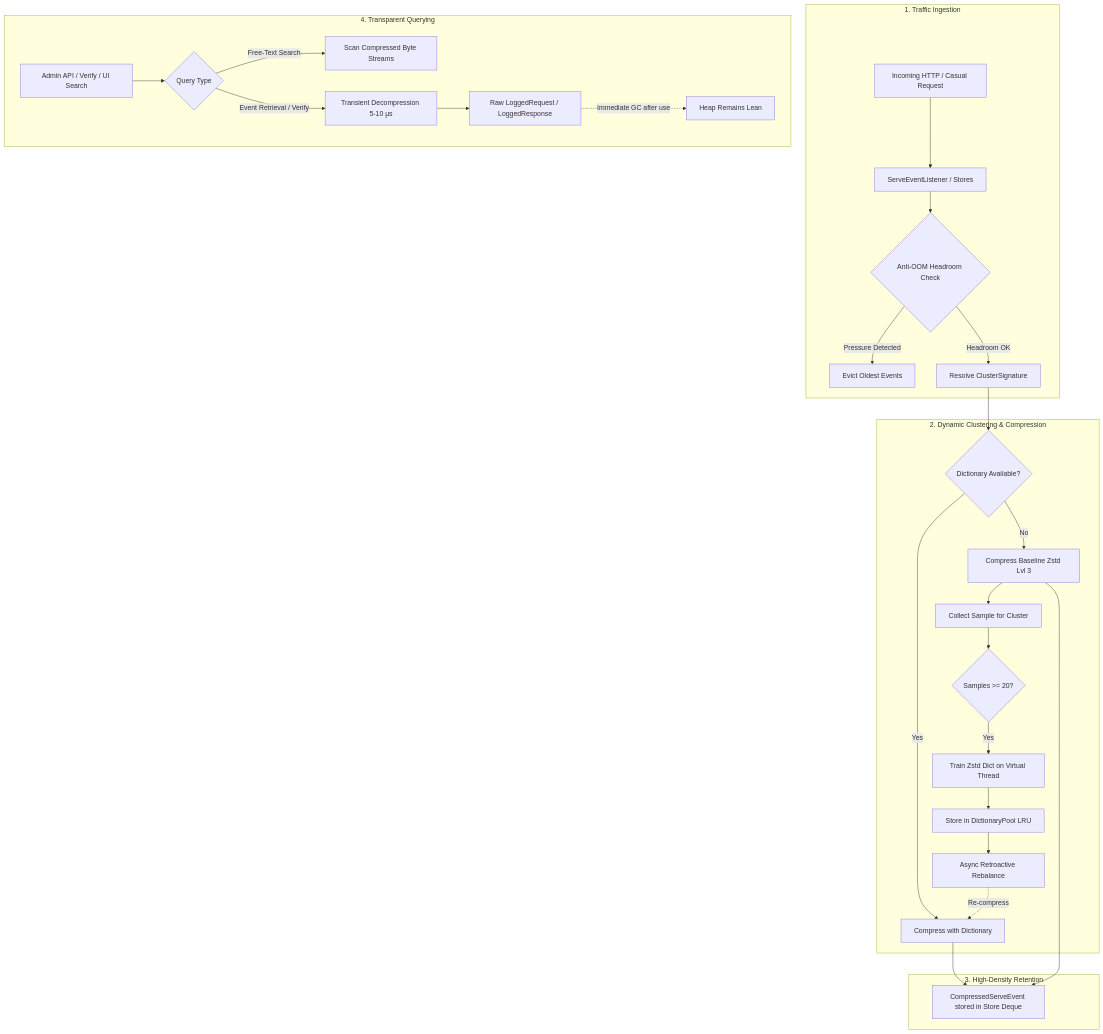
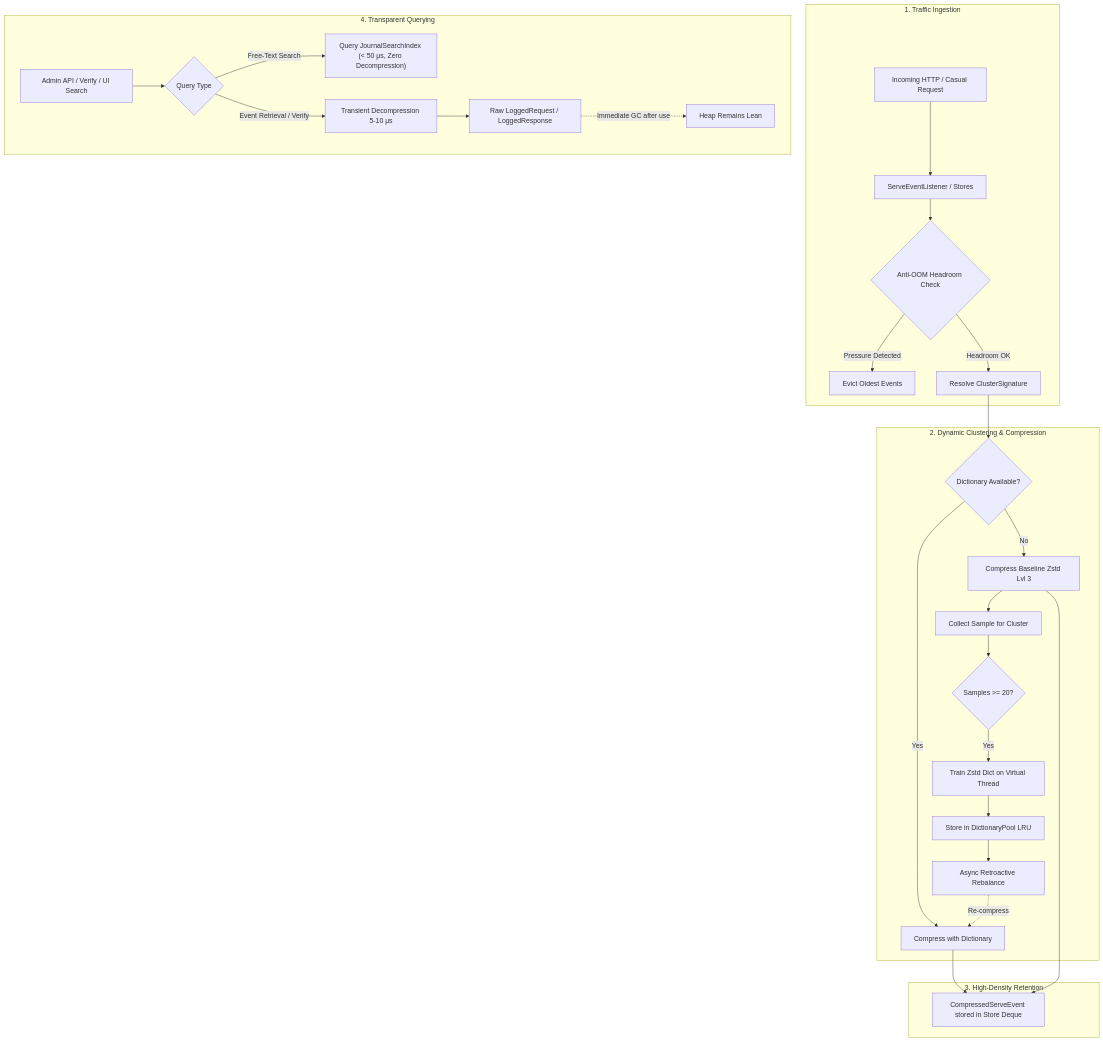
One commit to mattiasgreen/wiremock-extensions changed the diagram in wiremock-extension-journal/README.md. Above: the diagram before and after it, drawn with Mermaid. The commit also changed other lines of this file and 47 other files, not shown here.

````diff
--- a/wiremock-extension-journal/README.md
+++ b/wiremock-extension-journal/README.md
@@ -36,34 +36,34 @@
 ```mermaid
 flowchart TD
     subgraph Ingestion ["1. Traffic Ingestion"]
         A[Incoming HTTP / Casual Request] --> B[ServeEventListener / Stores]
         B --> C{Anti-OOM Headroom Check}
         C -- Pressure Detected --> D[Evict Oldest Events]
         C -- Headroom OK --> E[Resolve ClusterSignature]
     end
 
     subgraph Compression ["2. Dynamic Clustering & Compression"]
         E --> F{Dictionary Available?}
         F -- Yes --> G[Compress with Dictionary]
         F -- No --> H[Compress Baseline Zstd Lvl 3]
         H --> I[Collect Sample for Cluster]
         I --> J{Samples >= 20?}
         J -- Yes --> K[Train Zstd Dict on Virtual Thread]
         K --> L[Store in DictionaryPool LRU]
         L --> M[Async Retroactive Rebalance]
         M -. Re-compress .-> G
     end
 
     subgraph Storage ["3. High-Density Retention"]
         G --> N[CompressedServeEvent stored in Store Deque]
         H --> N
     end
 
     subgraph Retrieval ["4. Transparent Querying"]
         O[Admin API / Verify / UI Search] --> P{Query Type}
-        P -- Free-Text Search --> Q[Scan Compressed Byte Streams]
+        P -- Free-Text Search --> Q["Query JournalSearchIndex (< 50 µs, Zero Decompression)"]
         P -- Event Retrieval / Verify --> R[Transient Decompression 5-10 µs]
         R --> S[Raw LoggedRequest / LoggedResponse]
         S -. Immediate GC after use .-> T[Heap Remains Lean]
     end
 ```
````
